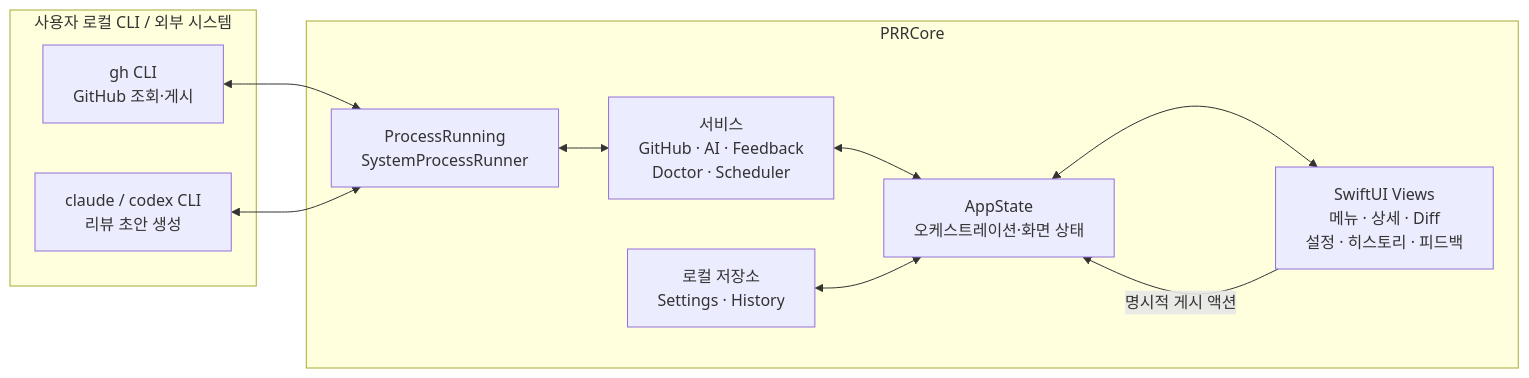
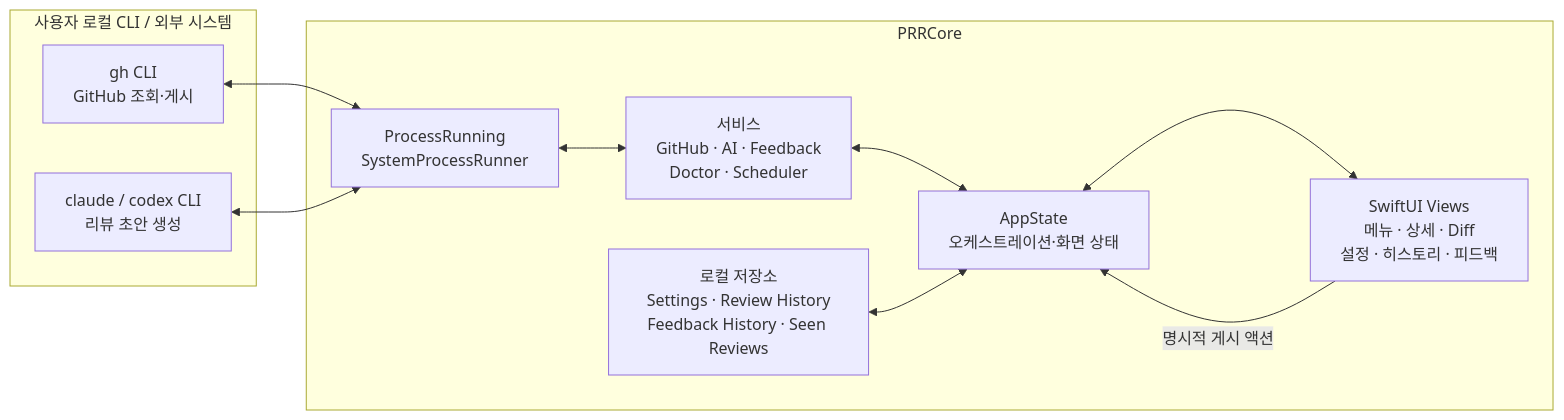
One commit to 90ms/pr-review-reminder changed the diagram in docs/SPEC.md. Above: the diagram before and after it, drawn with Mermaid. The commit also changed other lines of this file and 4 other files, not shown here.

````diff
--- a/docs/SPEC.md
+++ b/docs/SPEC.md
@@ -178,23 +182,23 @@
 ```mermaid
 flowchart LR
     subgraph External["사용자 로컬 CLI / 외부 시스템"]
         GH["gh CLI<br/>GitHub 조회·게시"]
         AI["claude / codex CLI<br/>리뷰 초안 생성"]
     end
 
     subgraph Core["PRRCore"]
         Runner["ProcessRunning<br/>SystemProcessRunner"]
         Services["서비스<br/>GitHub · AI · Feedback<br/>Doctor · Scheduler"]
-        Stores["로컬 저장소<br/>Settings · History"]
+        Stores["로컬 저장소<br/>Settings · Review History<br/>Feedback History · Seen Reviews"]
         State["AppState<br/>오케스트레이션·화면 상태"]
         Views["SwiftUI Views<br/>메뉴 · 상세 · Diff<br/>설정 · 히스토리 · 피드백"]
     end
 
     GH <--> Runner
     AI <--> Runner
     Runner <--> Services
     Services <--> State
     Stores <--> State
     State <--> Views
     Views -->|"명시적 게시 액션"| State
 ```
````
